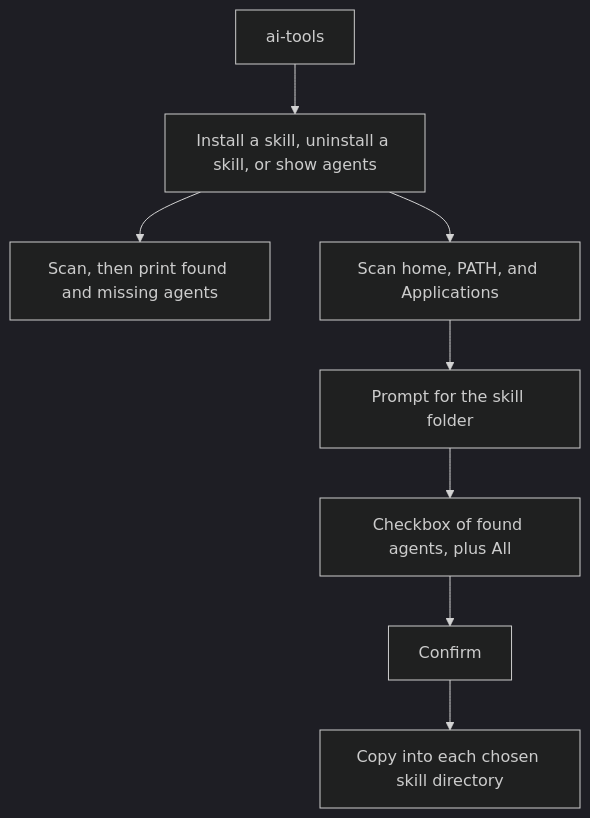
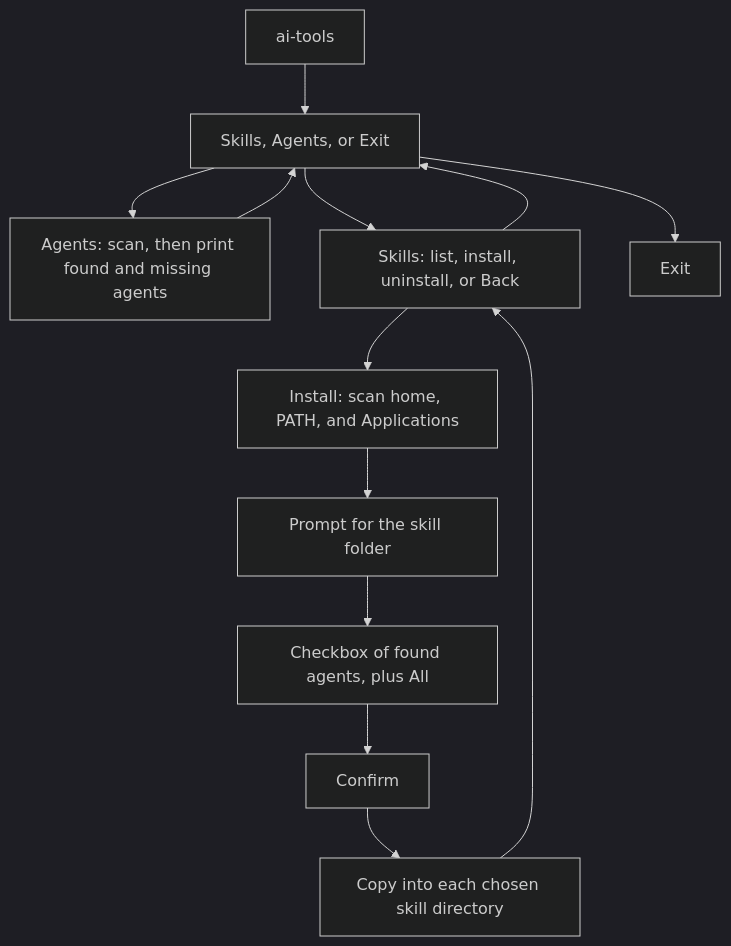
One commit to coderdark/ai-tools changed the diagram in PLAN.md. Above: the diagram before and after it, drawn with Mermaid (dark theme). The commit also changed other lines of this file and 14 other files, not shown here.

First line of the commit message:
Add list skills and a grouped, looping menu

````diff
--- a/PLAN.md
+++ b/PLAN.md
@@ -25,10 +25,15 @@
 ```mermaid
 flowchart TD
-  start["ai-tools"] --> menu["Install a skill, uninstall a skill, or show agents"]
-  menu --> show["Scan, then print found and missing agents"]
-  menu --> scan["Scan home, PATH, and Applications"]
+  start["ai-tools"] --> menu["Skills, Agents, or Exit"]
+  menu --> show["Agents: scan, then print found and missing agents"]
+  menu --> skillsMenu["Skills: list, install, uninstall, or Back"]
+  skillsMenu --> scan["Install: scan home, PATH, and Applications"]
   scan --> path["Prompt for the skill folder"]
   path --> pick["Checkbox of found agents, plus All"]
   pick --> confirm["Confirm"]
   confirm --> copy["Copy into each chosen skill directory"]
+  copy --> skillsMenu
+  skillsMenu --> menu
+  show --> menu
+  menu --> done["Exit"]
 ```
````
